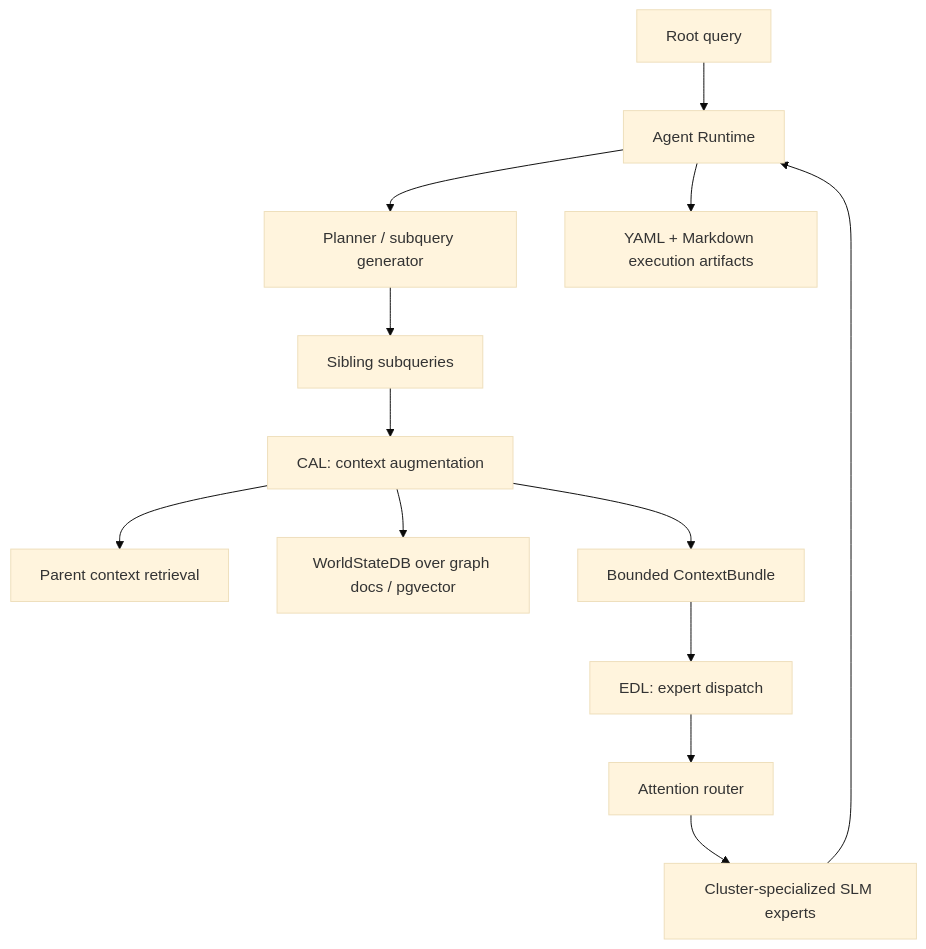
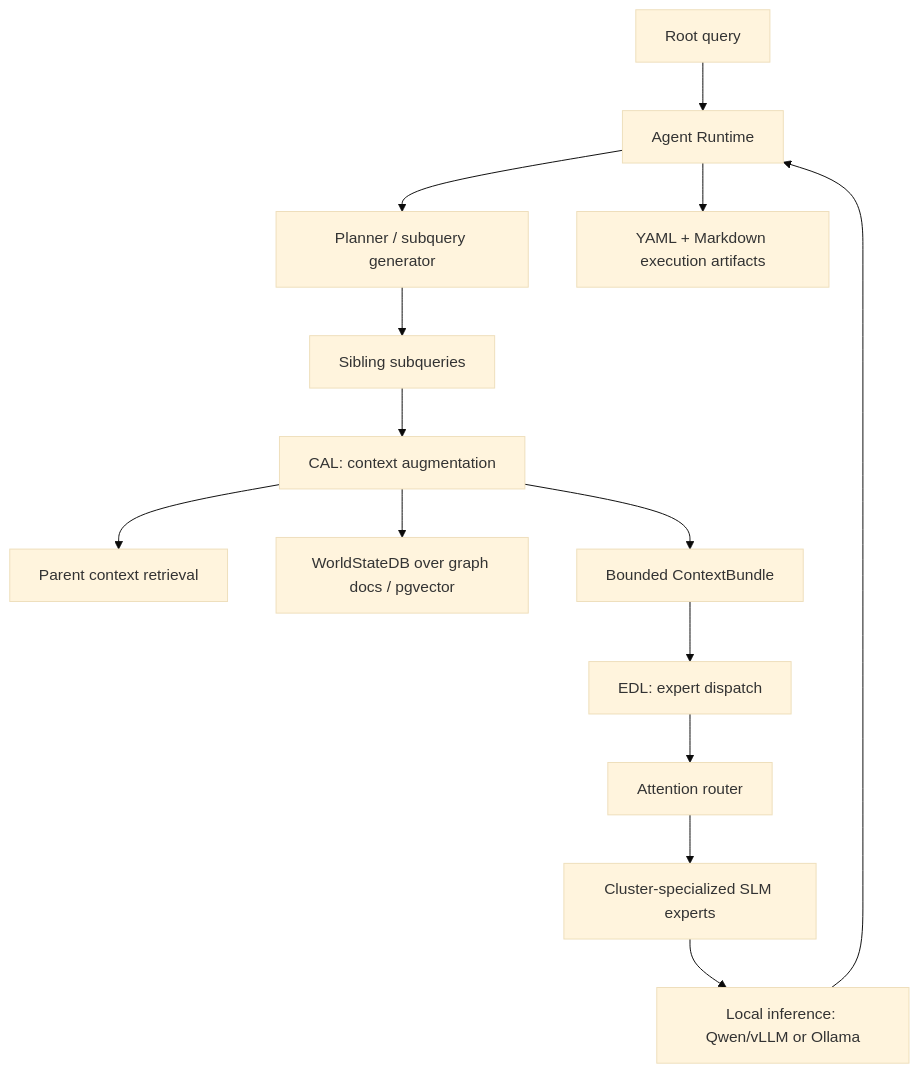
Before and after one commit to ForestDweller014/Dullahan: the diagram in README.md, drawn with Mermaid (base theme). The commit also changed other lines of this file and 43 other files, not shown here.

````diff
--- a/README.md
+++ b/README.md
@@ -63,15 +65,16 @@
 ```mermaid
 flowchart TD
     User["Root query"] --> Runtime["Agent Runtime"]
     Runtime --> Planner["Planner / subquery generator"]
     Planner --> Subqueries["Sibling subqueries"]
     Subqueries --> CAL["CAL: context augmentation"]
     CAL --> ParentContext["Parent context retrieval"]
     CAL --> WorldStateDB["WorldStateDB over graph docs / pgvector"]
     CAL --> ContextBundle["Bounded ContextBundle"]
     ContextBundle --> EDL["EDL: expert dispatch"]
     EDL --> Router["Attention router"]
     Router --> Experts["Cluster-specialized SLM experts"]
-    Experts --> Runtime
+    Experts --> Inference["Local inference: Qwen/vLLM or Ollama"]
+    Inference --> Runtime
     Runtime --> Artifacts["YAML + Markdown execution artifacts"]
 ```
````
